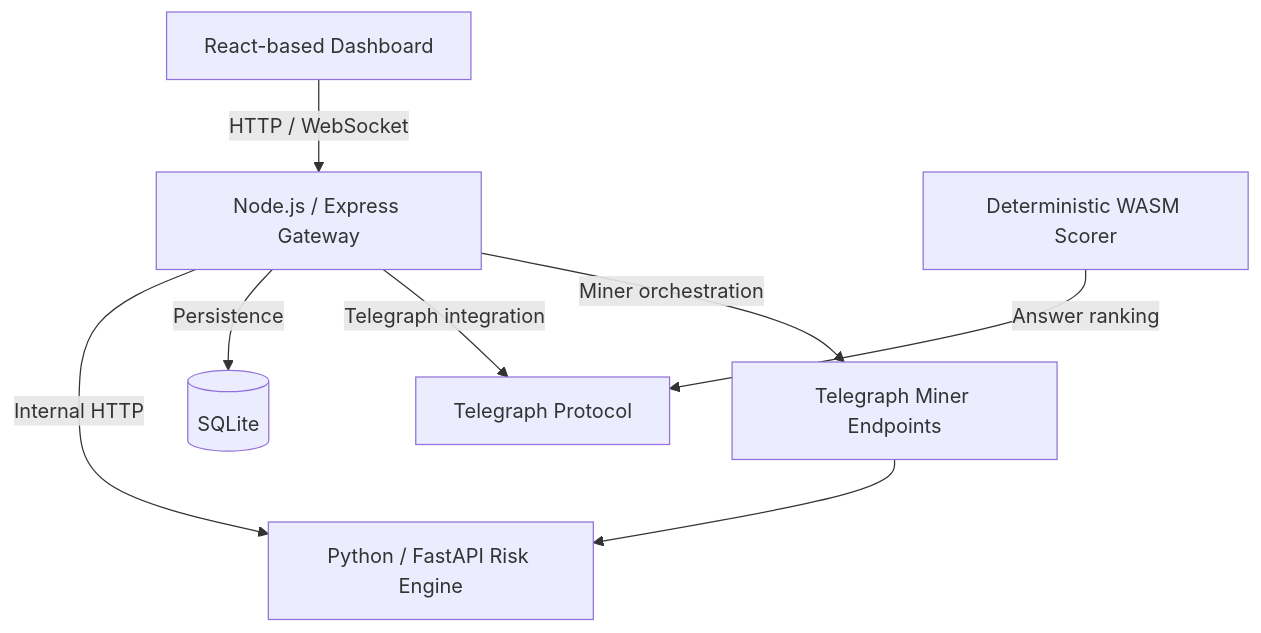
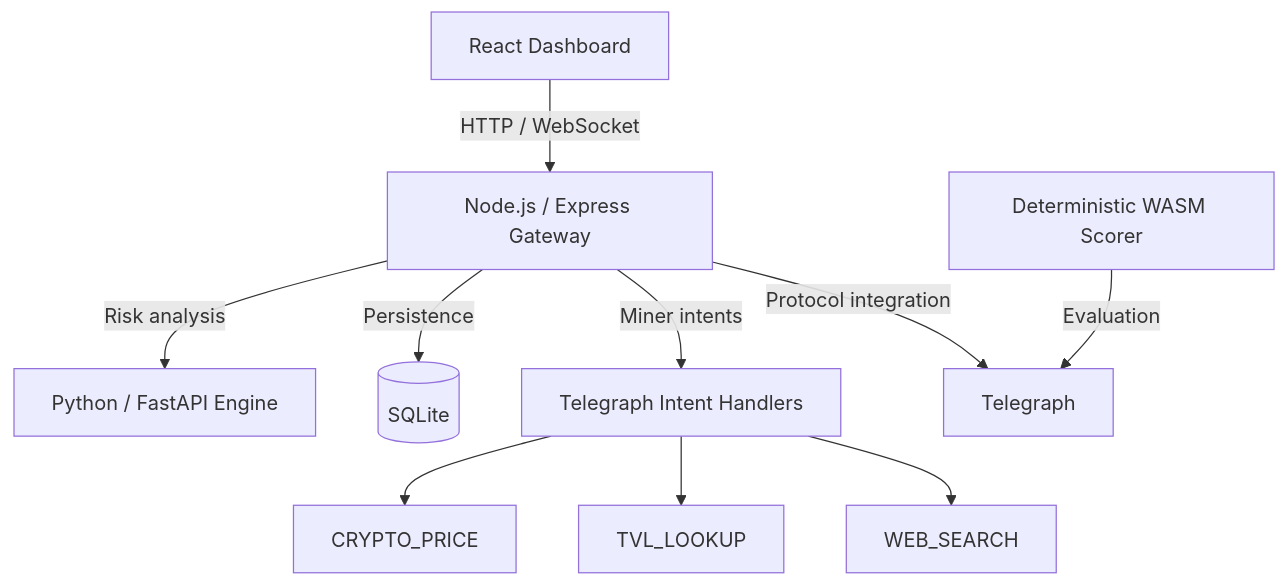
The diagram in README.md (peterkehinde673/telegraph-sentinel), drawn with Mermaid before and after one commit. The commit also changed other lines of this file and 19 other files, not shown here.

````diff
--- a/README.md
+++ b/README.md
@@ -32,10 +31,12 @@
 ```mermaid
 graph TD
-    UI[React-based Dashboard] -->|HTTP / WebSocket| G[Node.js / Express Gateway]
-    G -->|Internal HTTP| R[Python / FastAPI Risk Engine]
+    UI[React Dashboard] -->|HTTP / WebSocket| G[Node.js / Express Gateway]
+    G -->|Risk analysis| R[Python / FastAPI Engine]
     G -->|Persistence| DB[(SQLite)]
-    G -->|Telegraph integration| T[Telegraph Protocol]
-    G -->|Miner orchestration| M[Telegraph Miner Endpoints]
-    M --> R
-    W[Deterministic WASM Scorer] -->|Answer ranking| T
+    G -->|Miner intents| I[Telegraph Intent Handlers]
+    I --> C[CRYPTO_PRICE]
+    I --> T[TVL_LOOKUP]
+    I --> W[WEB_SEARCH]
+    G -->|Protocol integration| P[Telegraph]
+    S[Deterministic WASM Scorer] -->|Evaluation| P
 ```
````
